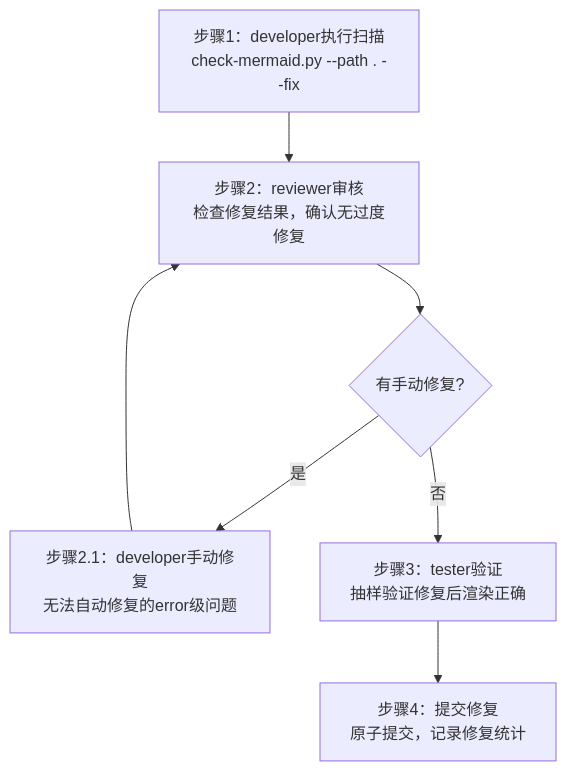
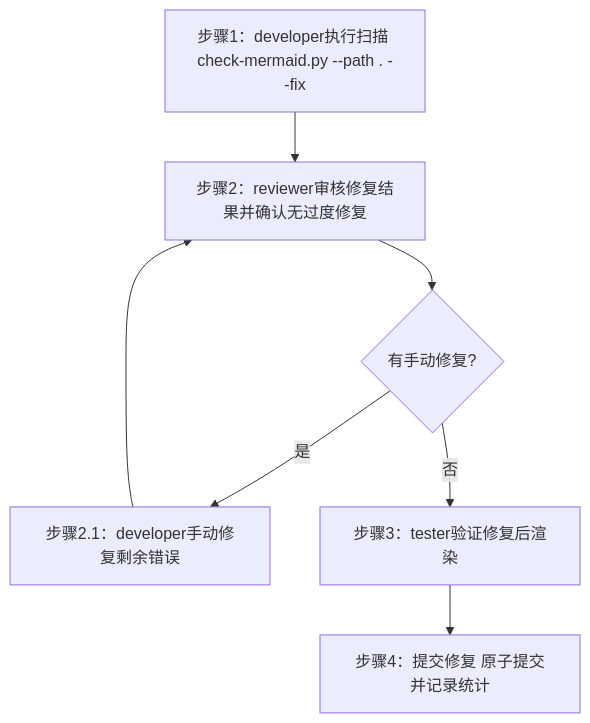
The third of 3 diagrams in .agents/teams/mermaid-team.md (xinetzone/SpecWeave), drawn with Mermaid before and after one commit. The commit also changed other lines of this file and 41 other files, not shown here.

First line of the commit message:
feat(mermaid): CI历史债务ratchet基线门禁与节点文本单行化策略

````diff
--- a/.agents/teams/mermaid-team.md
+++ b/.agents/teams/mermaid-team.md
@@ -97,9 +97,9 @@
 ```mermaid
 flowchart TD
-    A["步骤1：developer执行扫描<br/>check-mermaid.py --path . --fix"] --> B["步骤2：reviewer审核<br/>检查修复结果，确认无过度修复"]
+    A["步骤1：developer执行扫描 check-mermaid.py --path . --fix"] --> B["步骤2：reviewer审核修复结果并确认无过度修复"]
     B --> C{"有手动修复?"}
-    C -->|"是"| D["步骤2.1：developer手动修复<br/>无法自动修复的error级问题"]
+    C -->|"是"| D["步骤2.1：developer手动修复剩余错误"]
     D --> B
-    C -->|"否"| E["步骤3：tester验证<br/>抽样验证修复后渲染正确"]
-    E --> F["步骤4：提交修复<br/>原子提交，记录修复统计"]
+    C -->|"否"| E["步骤3：tester验证修复后渲染"]
+    E --> F["步骤4：提交修复 原子提交并记录统计"]
 ```
````
